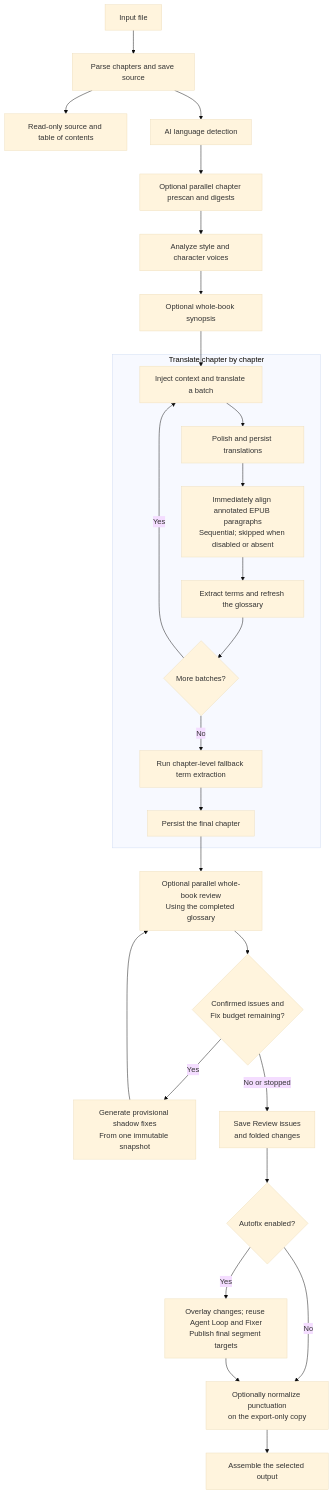
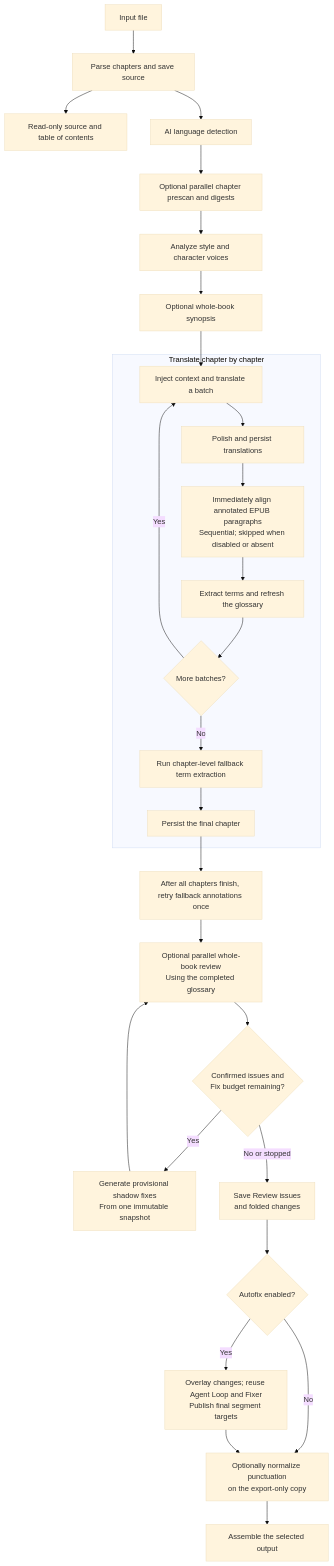
One commit to BigDawnGhost/wenyi changed the first of 2 diagrams in docs/pipeline.md. Above: the diagram before and after it, drawn with Mermaid (base theme). The commit also changed other lines of this file and 4 other files, not shown here.

Commit message:
fix(annotations): repair fallback placements after translation

````diff
--- a/docs/pipeline.md
+++ b/docs/pipeline.md
@@ -9,32 +9,33 @@
 ```mermaid
 flowchart TD
     A[Input file] --> B["Parse chapters and save source"]
     B --> BV["Read-only source and table of contents"]
     B --> BL["AI language detection"]
     BL --> C["Optional parallel chapter prescan and digests"]
     C --> D["Analyze style and character voices"]
     D --> DS[Optional whole-book synopsis]
     DS --> E
 
     subgraph T[Translate chapter by chapter]
         E[Inject context and translate a batch]
         E --> F[Polish and persist translations]
         F --> FA[Immediately align annotated EPUB paragraphs<br/>Sequential; skipped when disabled or absent]
         FA --> G[Extract terms and refresh the glossary]
         G --> H{More batches?}
         H -- Yes --> E
         H -- No --> IB[Run chapter-level fallback term extraction]
         IB --> J[Persist the final chapter]
     end
 
-    J --> K[Optional parallel whole-book review<br/>Using the completed glossary]
+    J --> AR["After all chapters finish, retry fallback annotations once"]
+    AR --> K[Optional parallel whole-book review<br/>Using the completed glossary]
     K --> N{Confirmed issues and<br/>Fix budget remaining?}
     N -- Yes --> O[Generate provisional shadow fixes<br/>From one immutable snapshot]
     O --> K
     N -- No or stopped --> P[Save Review issues<br/>and folded changes]
     P --> Q{Autofix enabled?}
     Q -- Yes --> R[Overlay changes; reuse Agent Loop and Fixer<br/>Publish final segment targets]
     Q -- No --> X[Optionally normalize punctuation<br/>on the export-only copy]
     R --> X
     X --> M[Assemble the selected output]
 ```
````
